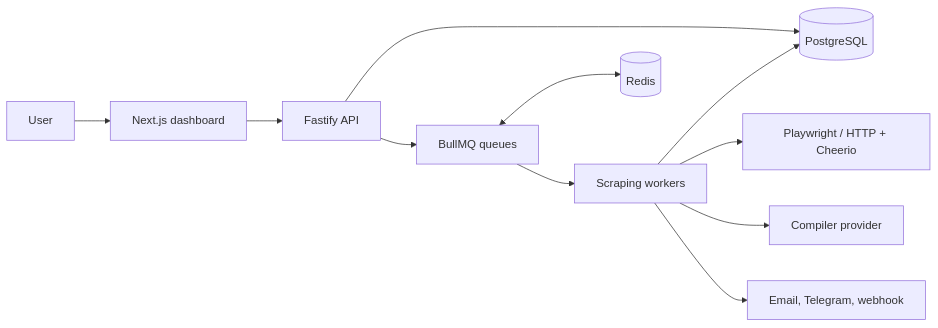
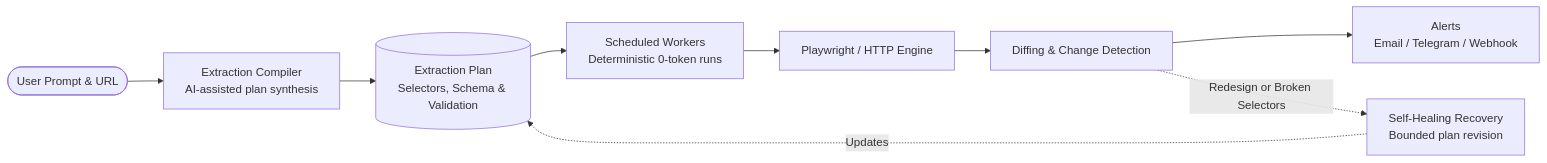
One commit to pedroaugusto04/Specter changed the diagram in README.md. Above: the diagram before and after it, drawn with Mermaid. The commit also changed other lines of this file and 11 other files, not shown here.

Commit message:
docs: overhaul README with high-level architecture, screenshots, docker setup, and security hardening

````diff
--- a/README.md
+++ b/README.md
@@ -25,13 +56,11 @@
 ```mermaid
 flowchart LR
-    User[User] --> Web[Next.js dashboard]
-    Web --> API[Fastify API]
-    API --> DB[(PostgreSQL)]
-    API --> Queue[BullMQ queues]
-    Queue --> Worker[Scraping workers]
-    Worker --> Browser[Playwright / HTTP + Cheerio]
-    Worker --> Model[Compiler provider]
-    Worker --> DB
-    Worker --> Notify[Email, Telegram, webhook]
-    Queue <--> Redis[(Redis)]
+    User([User Prompt & URL]) --> Compiler[Extraction Compiler\nAI-assisted plan synthesis]
+    Compiler --> Plan[(Extraction Plan\nSelectors, Schema & Validation)]
+    Plan --> Worker[Scheduled Workers\nDeterministic 0-token runs]
+    Worker --> Engine[Playwright / HTTP Engine]
+    Engine --> Diff[Diffing & Change Detection]
+    Diff --> Notify[Alerts\nEmail / Telegram / Webhook]
+    Diff -. Redesign or Broken Selectors .-> AutoHeal[Self-Healing Recovery\nBounded plan revision]
+    AutoHeal -. Updates .-> Plan
 ```
````
